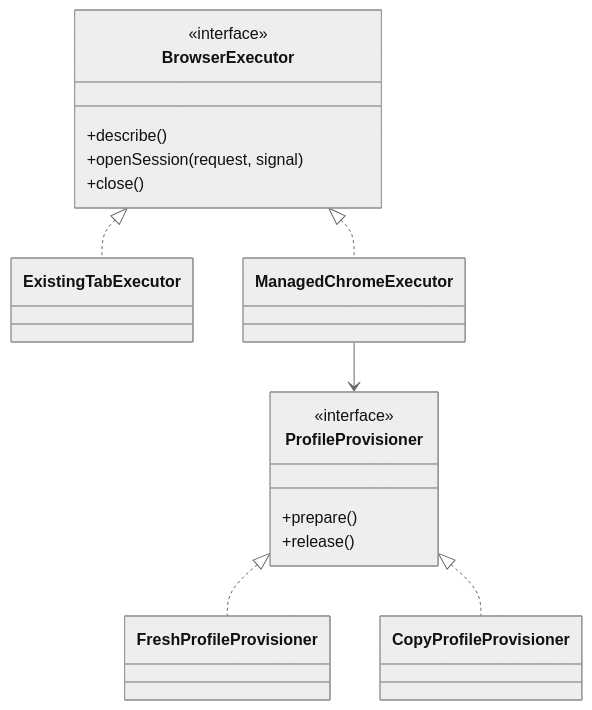
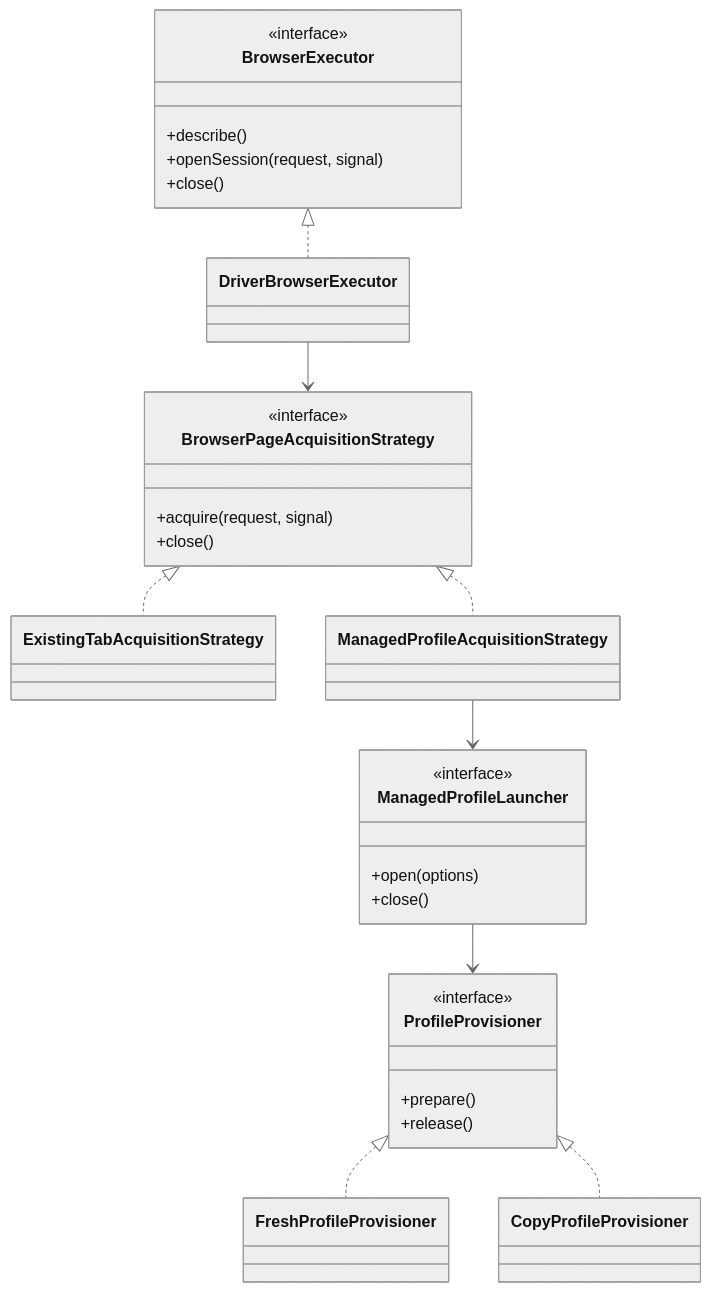
One commit to luberserker0v0/comic-crawler changed the second of 4 diagrams in docs/development/BROWSER_EXECUTION_MODES.md. Above: the diagram before and after it, drawn with Mermaid (neutral theme). The commit also changed other lines of this file and 36 other files, not shown here.

````diff
--- a/docs/development/BROWSER_EXECUTION_MODES.md
+++ b/docs/development/BROWSER_EXECUTION_MODES.md
@@ -101,24 +106,38 @@
 ```mermaid
 classDiagram
   class BrowserExecutor {
     <<interface>>
     +describe()
     +openSession(request, signal)
     +close()
   }
-  class ExistingTabExecutor
-  class ManagedChromeExecutor
+  class DriverBrowserExecutor
+  class BrowserPageAcquisitionStrategy {
+    <<interface>>
+    +acquire(request, signal)
+    +close()
+  }
+  class ExistingTabAcquisitionStrategy
+  class ManagedProfileAcquisitionStrategy
+  class ManagedProfileLauncher {
+    <<interface>>
+    +open(options)
+    +close()
+  }
   class ProfileProvisioner {
     <<interface>>
     +prepare()
     +release()
   }
   class FreshProfileProvisioner
   class CopyProfileProvisioner
 
-  BrowserExecutor <|.. ExistingTabExecutor
-  BrowserExecutor <|.. ManagedChromeExecutor
-  ManagedChromeExecutor --> ProfileProvisioner
+  BrowserExecutor <|.. DriverBrowserExecutor
+  DriverBrowserExecutor --> BrowserPageAcquisitionStrategy
+  BrowserPageAcquisitionStrategy <|.. ExistingTabAcquisitionStrategy
+  BrowserPageAcquisitionStrategy <|.. ManagedProfileAcquisitionStrategy
+  ManagedProfileAcquisitionStrategy --> ManagedProfileLauncher
+  ManagedProfileLauncher --> ProfileProvisioner
   ProfileProvisioner <|.. FreshProfileProvisioner
   ProfileProvisioner <|.. CopyProfileProvisioner
 ```
````
